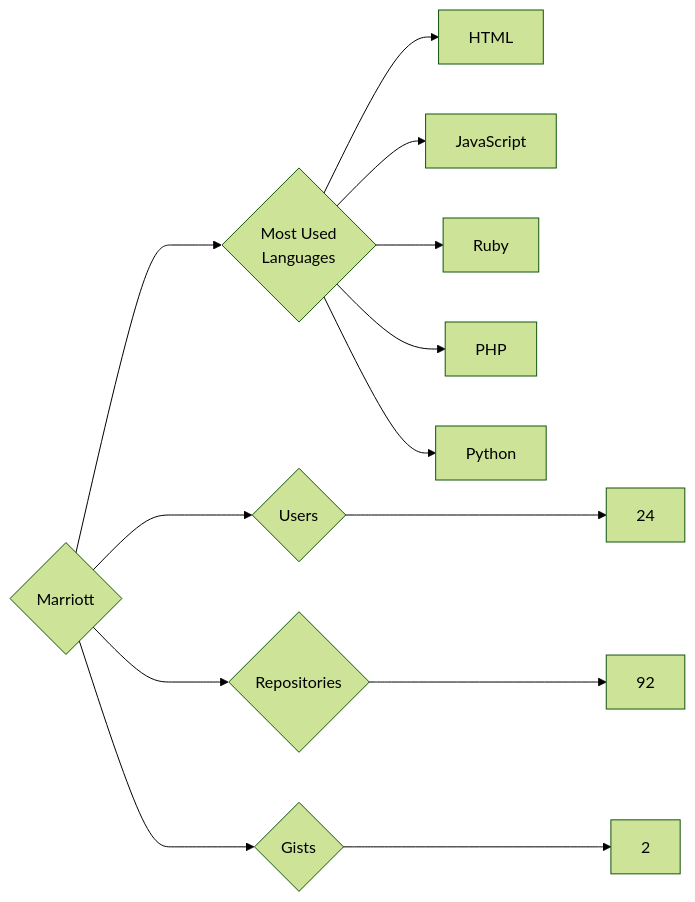
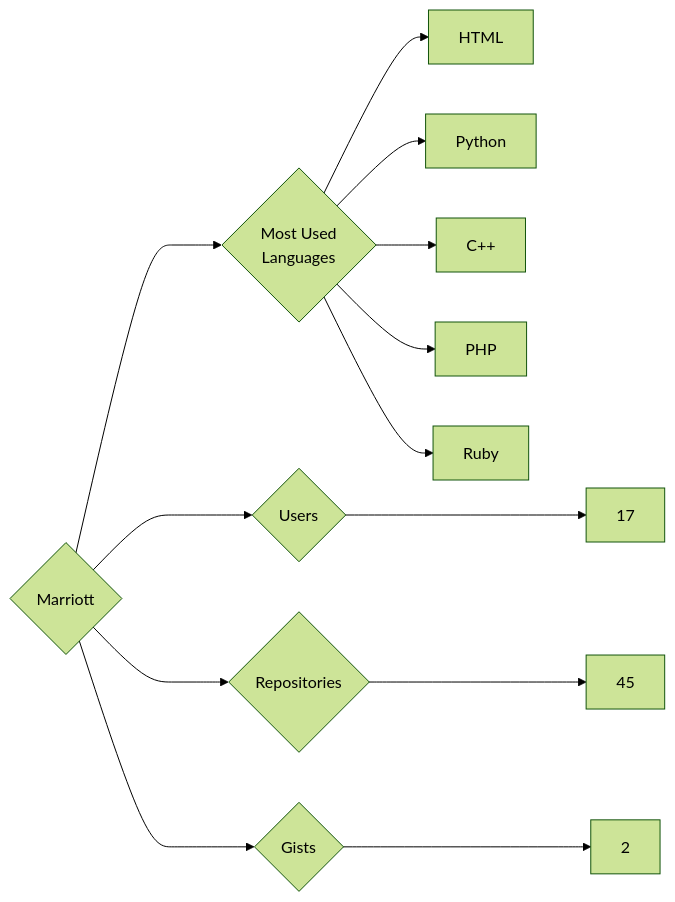
The diagram in targets/Marriott/README.md (trickest/insiders), drawn with Mermaid (forest theme) before and after one commit. The commit also changed 969 other files, not shown here.

````diff
--- a/targets/Marriott/README.md
+++ b/targets/Marriott/README.md
@@ -3,13 +3,13 @@
 ```mermaid
 graph LR
 COMPANY_NAME{Marriott}
-COMPANY_NAME ---> U{Users} ---> UN[24]
-COMPANY_NAME ---> R{Repositories} ---> RN[92]
+COMPANY_NAME ---> U{Users} ---> UN[17]
+COMPANY_NAME ---> R{Repositories} ---> RN[45]
 COMPANY_NAME ---> G{Gists} ---> GN[2]
 COMPANY_NAME ---> ML{Most Used<br>Languages}
 ML --> HTML[HTML]
-ML --> JavaScript[JavaScript]
+ML --> Python[Python]
+ML --> C++[C++]
+ML --> PHP[PHP]
 ML --> Ruby[Ruby]
-ML --> PHP[PHP]
-ML --> Python[Python]
 ```
````
